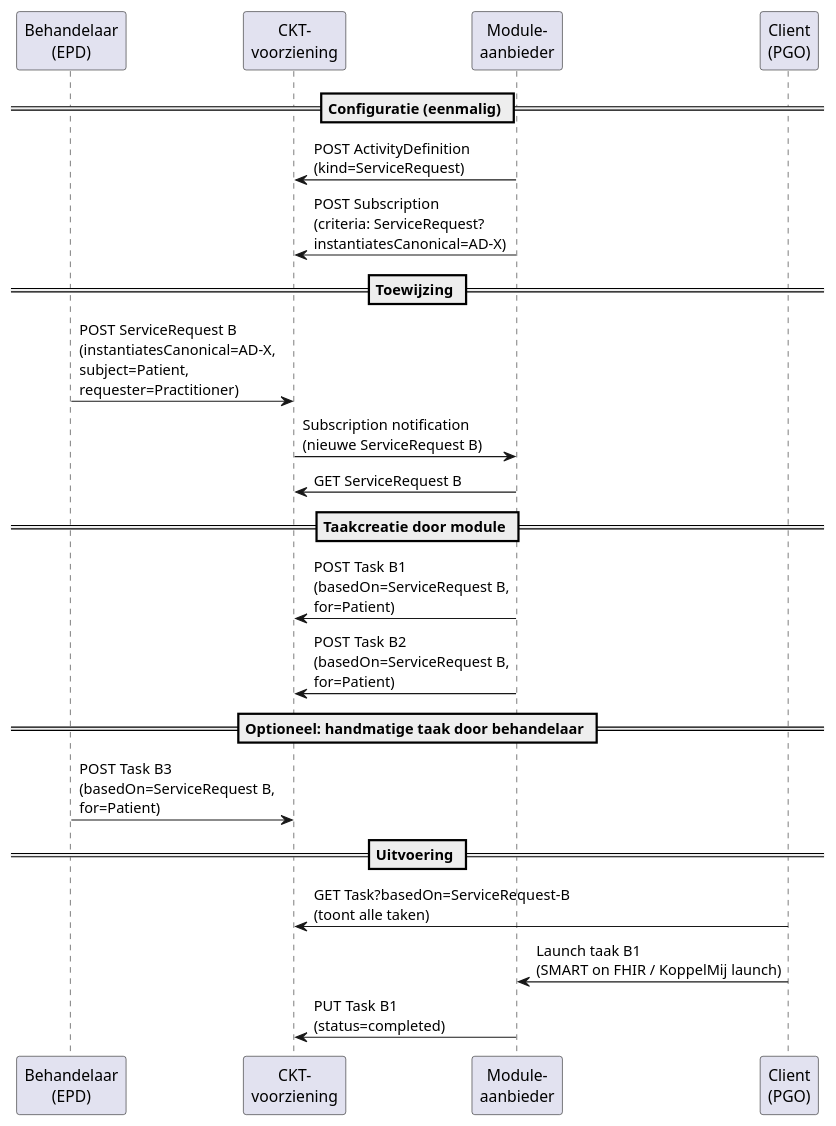
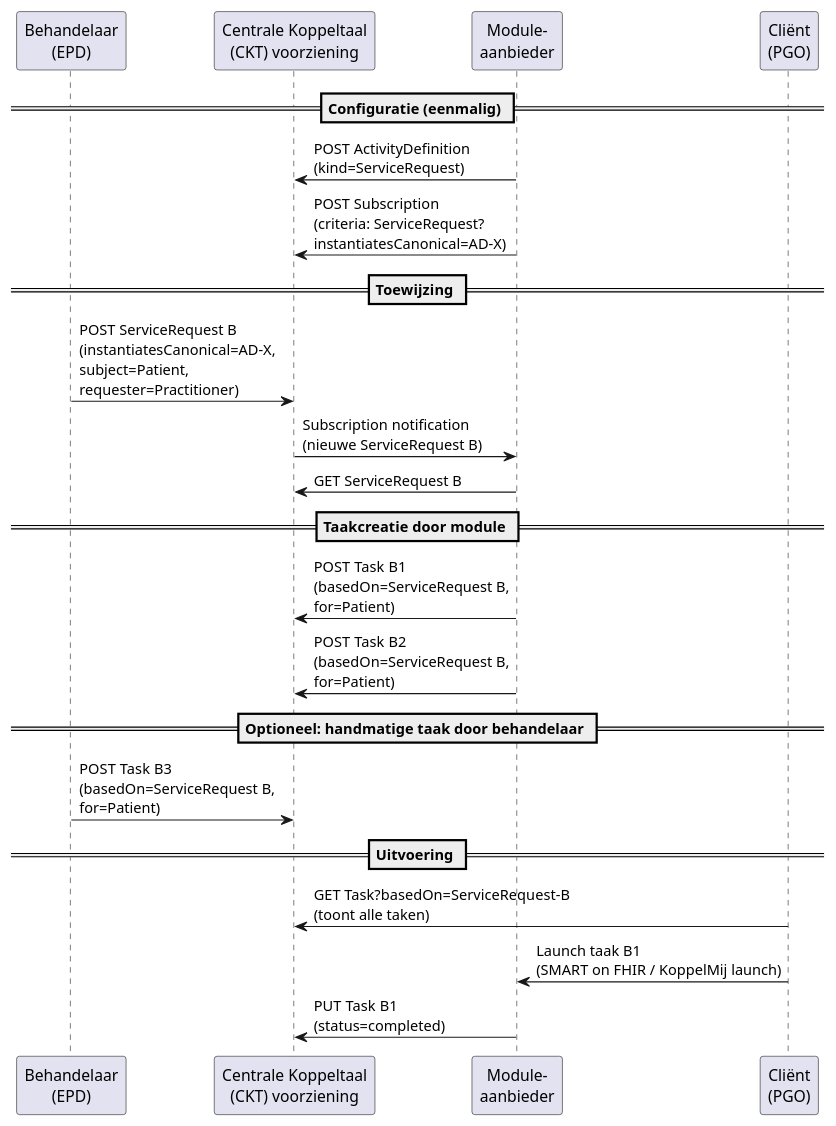
One commit to vzvznl/Koppeltaal-2.0-FHIR changed the diagram in input/images-source/memo-sr-koppelmij-flow.plantuml. Above: the diagram before and after it, drawn with PlantUML. The commit also changed 11 other files, not shown here.

First line of the commit message:
docs: PlantUML diagrammen als SVG via IG publisher i.p.v. PNG

```diff
--- a/input/images-source/memo-sr-koppelmij-flow.plantuml
+++ b/input/images-source/memo-sr-koppelmij-flow.plantuml
@@ -1,38 +1,38 @@
 @startuml memo-sr-koppelmij-flow
 
 participant "Behandelaar\n(EPD)" as EPD
-participant "CKT-\nvoorziening" as CKT
+participant "Centrale Koppeltaal\n(CKT) voorziening" as CKT
 participant "Module-\naanbieder" as Module
-participant "Client\n(PGO)" as PGO
+participant "Cliënt\n(PGO)" as PGO
 
 == Configuratie (eenmalig) ==
 
 Module -> CKT : POST ActivityDefinition\n(kind=ServiceRequest)
 Module -> CKT : POST Subscription\n(criteria: ServiceRequest?\ninstantiatesCanonical=AD-X)
 
 == Toewijzing ==
 
 EPD -> CKT : POST ServiceRequest B\n(instantiatesCanonical=AD-X,\nsubject=Patient,\nrequester=Practitioner)
 
 CKT -> Module : Subscription notification\n(nieuwe ServiceRequest B)
 
 Module -> CKT : GET ServiceRequest B
 
 == Taakcreatie door module ==
 
 Module -> CKT : POST Task B1\n(basedOn=ServiceRequest B,\nfor=Patient)
 Module -> CKT : POST Task B2\n(basedOn=ServiceRequest B,\nfor=Patient)
 
 == Optioneel: handmatige taak door behandelaar ==
 
 EPD -> CKT : POST Task B3\n(basedOn=ServiceRequest B,\nfor=Patient)
 
 == Uitvoering ==
 
 PGO -> CKT : GET Task?basedOn=ServiceRequest-B\n(toont alle taken)
 
 PGO -> Module : Launch taak B1\n(SMART on FHIR / KoppelMij launch)
 
 Module -> CKT : PUT Task B1\n(status=completed)
 
 @enduml
```
